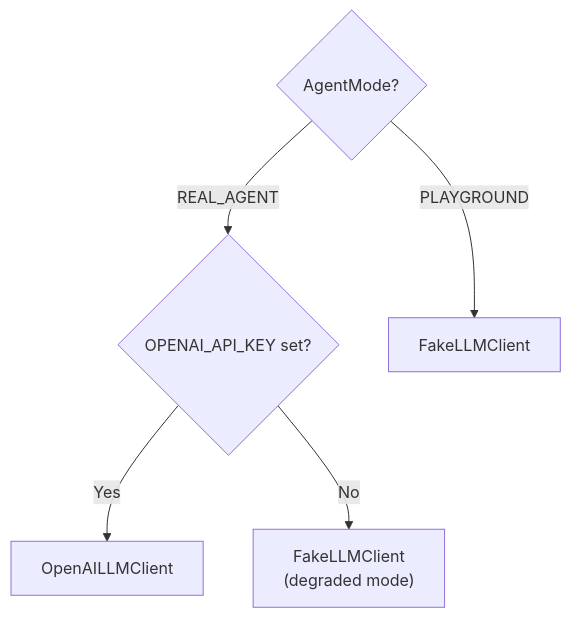
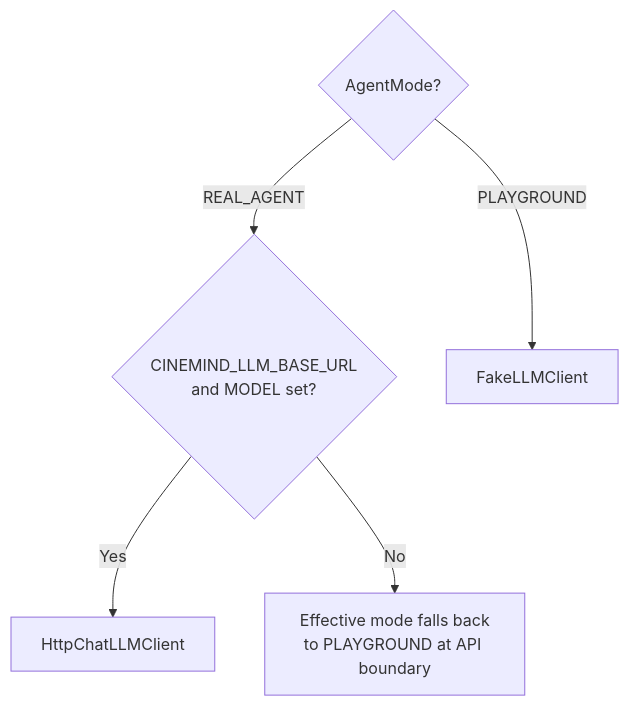
One commit to mayad123/movieAgent changed the fourth of 4 diagrams in docs/features/llm/LLM_CLIENT.md. Above: the diagram before and after it, drawn with Mermaid. The commit also changed other lines of this file and 33 other files, not shown here.

First line of the commit message:
Shift CineMind to an OpenAI-compatible HTTP LLM stack and remove MIT/OpenAI-specific repo assumptions.

````diff
--- a/docs/features/llm/LLM_CLIENT.md
+++ b/docs/features/llm/LLM_CLIENT.md
@@ -153,8 +147,8 @@
 ```mermaid
 flowchart TD
     MODE{"AgentMode?"}
-    MODE -->|REAL_AGENT| KEY{"OPENAI_API_KEY set?"}
-    KEY -->|Yes| OPENAI["OpenAILLMClient"]
-    KEY -->|No| FALLBACK["FakeLLMClient<br/>(degraded mode)"]
+    MODE -->|REAL_AGENT| CFG{"CINEMIND_LLM_BASE_URL<br/>and MODEL set?"}
+    CFG -->|Yes| HTTP["HttpChatLLMClient"]
+    CFG -->|No| FALLBACK["Effective mode falls back<br/>to PLAYGROUND at API boundary"]
     MODE -->|PLAYGROUND| FAKE["FakeLLMClient"]
 ```
````
